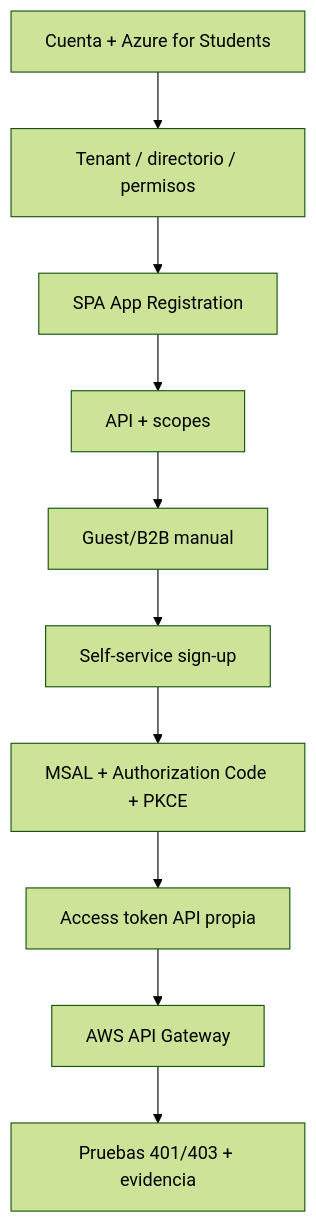
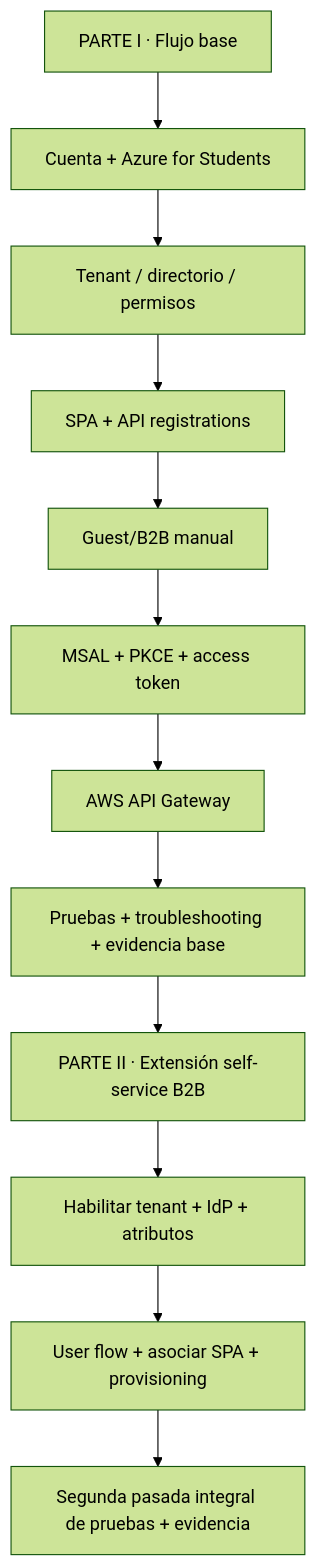
The first of 2 diagrams in docs/identity/README.md (cmartinezs/DSY1107-DESARROLLO-CLOUD-NATIVE-I-2026-2), drawn with Mermaid (forest theme) before and after one commit. The commit also changed other lines of this file, not shown here.

Commit message:
docs(identity): separate base route from self-service extension

````diff
--- a/docs/identity/README.md
+++ b/docs/identity/README.md
@@ -15,12 +15,14 @@
 ```mermaid
 flowchart TD
-    A[Cuenta + Azure for Students] --> B[Tenant / directorio / permisos]
-    B --> C[SPA App Registration]
-    C --> D[API + scopes]
+    A[PARTE I · Flujo base] --> B[Cuenta + Azure for Students]
+    B --> C[Tenant / directorio / permisos]
+    C --> D[SPA + API registrations]
     D --> E[Guest/B2B manual]
-    E --> F[Self-service sign-up]
-    F --> G[MSAL + Authorization Code + PKCE]
-    G --> H[Access token API propia]
-    H --> I[AWS API Gateway]
-    I --> J[Pruebas 401/403 + evidencia]
+    E --> F[MSAL + PKCE + access token]
+    F --> G[AWS API Gateway]
+    G --> H[Pruebas + troubleshooting + evidencia base]
+    H --> I[PARTE II · Extensión self-service B2B]
+    I --> J[Habilitar tenant + IdP + atributos]
+    J --> K[User flow + asociar SPA + provisioning]
+    K --> L[Segunda pasada integral de pruebas + evidencia]
 ```
````
